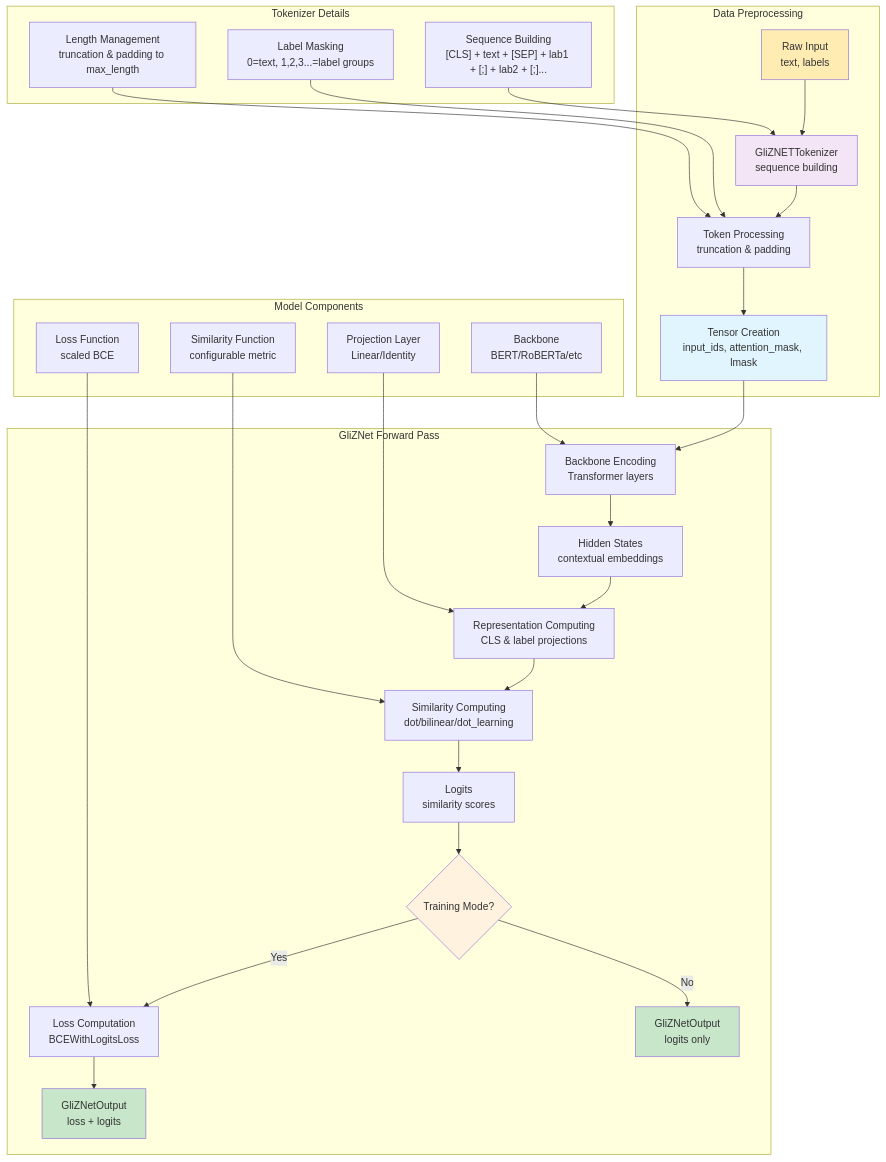
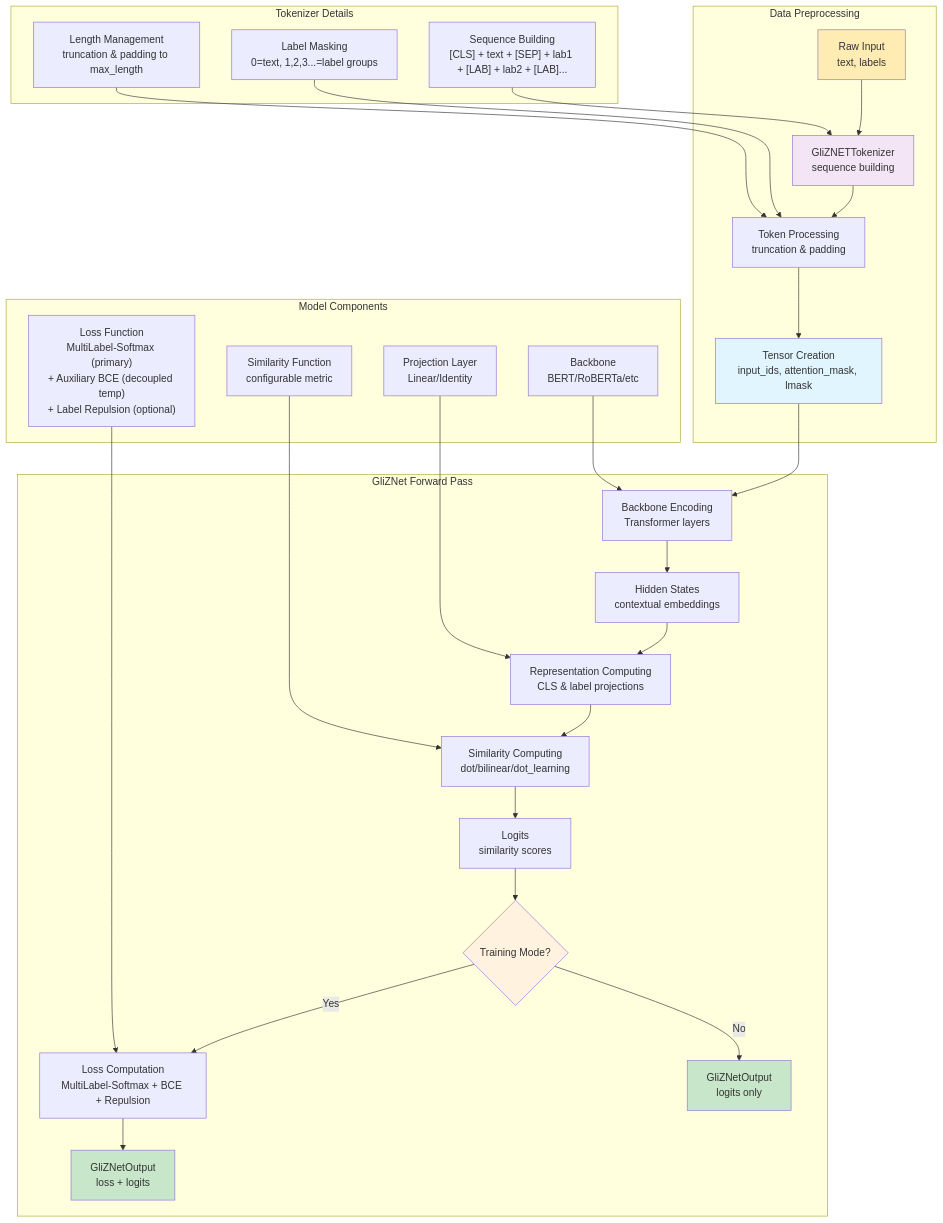
One commit to KameniAlexNea/zero-shot-classification changed the diagram in reports/forward_pass.md. Above: the diagram before and after it, drawn with Mermaid. The commit also changed 3 other files, not shown here.

Commit message:
doc: Update GliZNet architecture details and loss function in documentation to reflect multi-objective loss and improved training methodology

````diff
--- a/reports/forward_pass.md
+++ b/reports/forward_pass.md
@@ -2,40 +2,40 @@
 ```mermaid
 graph TD
     subgraph "Data Preprocessing"
         A["Raw Input<br/>text, labels"] --> B["GliZNETTokenizer<br/>sequence building"];
         B --> C["Token Processing<br/>truncation & padding"];
         C --> D["Tensor Creation<br/>input_ids, attention_mask, lmask"];
     end
 
     subgraph "GliZNet Forward Pass"
         D --> E["Backbone Encoding<br/>Transformer layers"];
         E --> F["Hidden States<br/>contextual embeddings"];
         F --> G["Representation Computing<br/>CLS & label projections"];
         G --> H["Similarity Computing<br/>dot/bilinear/dot_learning"];
         H --> I["Logits<br/>similarity scores"];
         I --> J{"Training Mode?"};
-        J -->|Yes| K["Loss Computation<br/>BCEWithLogitsLoss"];
+        J -->|Yes| K["Loss Computation<br/>MultiLabel-Softmax + BCE + Repulsion"];
         J -->|No| L["GliZNetOutput<br/>logits only"];
         K --> M["GliZNetOutput<br/>loss + logits"];
     end
 
     subgraph "Tokenizer Details"
-        N["Sequence Building<br/>[CLS] + text + [SEP] + lab1 + [;] + lab2 + [;]..."] --> B;
+        N["Sequence Building<br/>[CLS] + text + [SEP] + lab1 + [LAB] + lab2 + [LAB]..."] --> B;
         O["Label Masking<br/>0=text, 1,2,3...=label groups"] --> C;
         P["Length Management<br/>truncation & padding to max_length"] --> C;
     end
 
     subgraph "Model Components"
         Q["Backbone<br/>BERT/RoBERTa/etc"] --> E;
         R["Projection Layer<br/>Linear/Identity"] --> G;
         S["Similarity Function<br/>configurable metric"] --> H;
-        T["Loss Function<br/>scaled BCE"] --> K;
+        T["Loss Function<br/>MultiLabel-Softmax (primary)<br/>+ Auxiliary BCE (decoupled temp)<br/>+ Label Repulsion (optional)"] --> K;
     end
 
     style A fill:#ffecb3
     style D fill:#e1f5fe
     style M fill:#c8e6c9
     style L fill:#c8e6c9
     style J fill:#fff3e0
     style B fill:#f3e5f5
 ```
````
